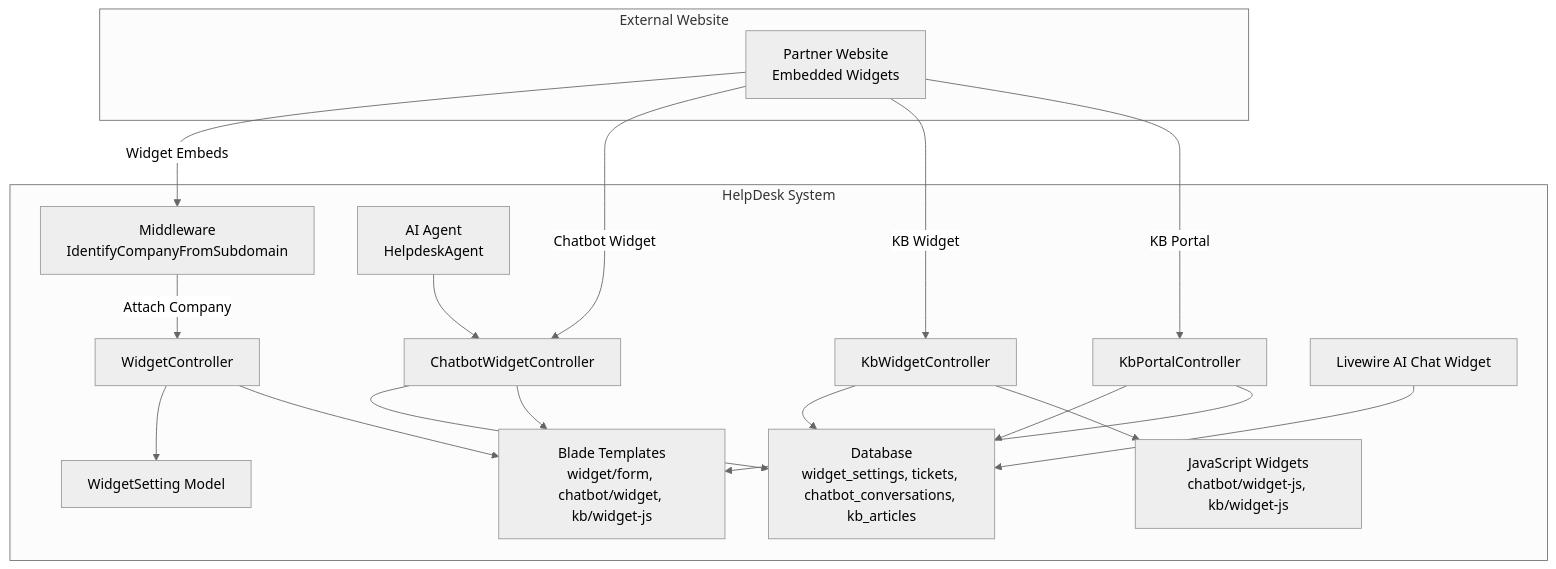
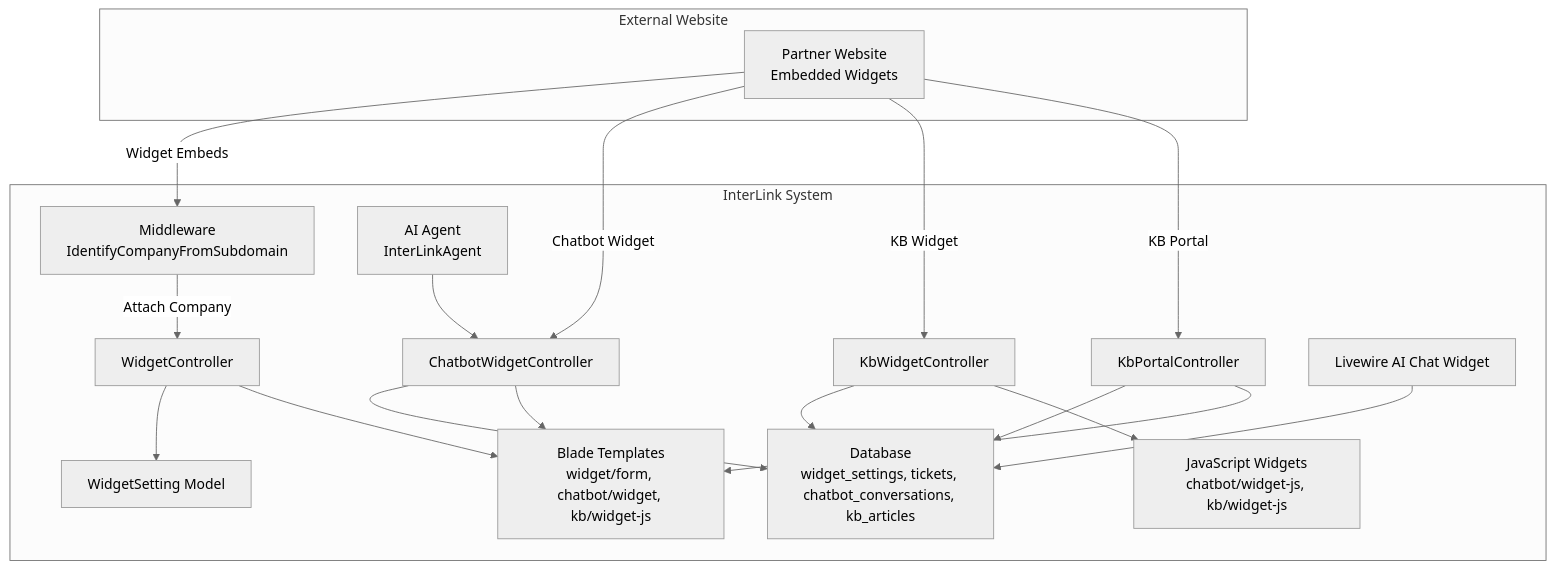
The first of 9 diagrams in .qoder/repowiki/en/content/Widget System/Widget System.md (younesgamer68/Internship-management-Platforme), drawn with Mermaid (neutral theme) before and after one commit. The commit also changed other lines of this file and 175 other files, not shown here.

````diff
--- a/.qoder/repowiki/en/content/Widget System/Widget System.md
+++ b/.qoder/repowiki/en/content/Widget System/Widget System.md
@@ -62,33 +62,33 @@
 ```mermaid
 graph TB
 subgraph "External Website"
 Site["Partner Website<br/>Embedded Widgets"]
 end
-subgraph "HelpDesk System"
+subgraph "InterLink System"
 MW["Middleware<br/>IdentifyCompanyFromSubdomain"]
 WC["WidgetController"]
 CBC["ChatbotWidgetController"]
 KBC["KbWidgetController"]
 KC["KbPortalController"]
 WS["WidgetSetting Model"]
 DB["Database<br/>widget_settings, tickets, chatbot_conversations, kb_articles"]
 LV["Livewire AI Chat Widget"]
 Views["Blade Templates<br/>widget/form, chatbot/widget, kb/widget-js"]
 JS["JavaScript Widgets<br/>chatbot/widget-js, kb/widget-js"]
-AI["AI Agent<br/>HelpdeskAgent"]
+AI["AI Agent<br/>InterLinkAgent"]
 end
 Site --> |"Widget Embeds"| MW --> |"Attach Company"| WC
 Site --> |"Chatbot Widget"| CBC
 Site --> |"KB Widget"| KBC
 Site --> |"KB Portal"| KC
 WC --> WS
 CBC --> DB
 KBC --> DB
 KC --> DB
 WC --> Views
 CBC --> Views
 KBC --> JS
 KC --> Views
 LV --> DB
 AI --> CBC
 ```
````
